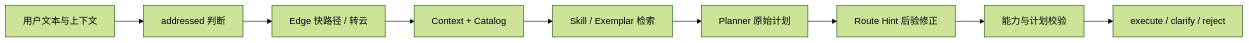
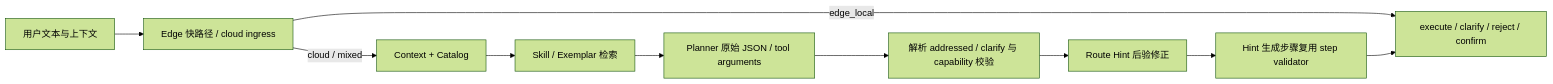
One commit to SuperdeMan/cockpit-agent changed the diagram in docs/design/2026-08-02-intent-routing-adversarial-testing.md. Above: the diagram before and after it, drawn with Mermaid (forest theme). The commit also changed other lines of this file and 2 other files, not shown here.

````diff
--- a/docs/design/2026-08-02-intent-routing-adversarial-testing.md
+++ b/docs/design/2026-08-02-intent-routing-adversarial-testing.md
@@ -136,11 +136,12 @@
 ```mermaid
 flowchart LR
-    U[用户文本与上下文] --> A[addressed 判断]
-    A --> E[Edge 快路径 / 转云]
-    E --> C[Context + Catalog]
+    U[用户文本与上下文] --> E[Edge 快路径 / cloud ingress]
+    E -->|edge_local| D[execute / clarify / reject / confirm]
+    E -->|cloud / mixed| C[Context + Catalog]
     C --> R[Skill / Exemplar 检索]
-    R --> P[Planner 原始计划]
-    P --> H[Route Hint 后验修正]
-    H --> V[能力与计划校验]
-    V --> D[execute / clarify / reject]
+    R --> P[Planner 原始 JSON / tool arguments]
+    P --> V1[解析 addressed / clarify 与 capability 校验]
+    V1 --> H[Route Hint 后验修正]
+    H --> V2[Hint 生成步骤复用 step validator]
+    V2 --> D
 ```
````
